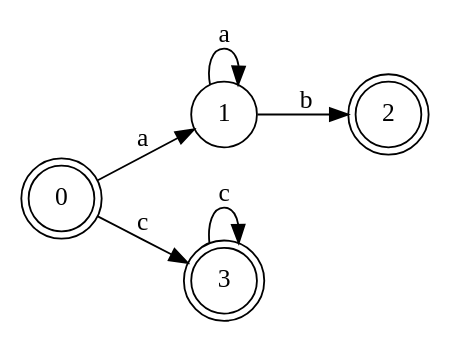
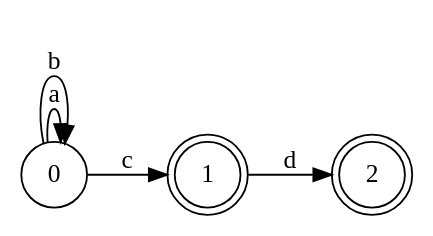
The diagram in out/DFA_regex1.DOT (Jose-Merida-UVG/Compilers-1-CC3071), drawn with Graphviz before and after one commit. The commit also changed 58 other files, not shown here.

```diff
--- a/out/DFA_regex1.DOT
+++ b/out/DFA_regex1.DOT
@@ -1,13 +1,11 @@
 digraph "graph" {
 	rankdir=LR size = "8,5"
 	node[shape=circle]
-	1 [label=0][shape=doublecircle]
-	2 [label=1]
-	2 -> 2 [label="a"]
-	4 [label=2][shape=doublecircle]
-	2 -> 4 [label="b"]
-	1 -> 2 [label="a"]
-	3 [label=3][shape=doublecircle]
-	3 -> 3 [label="c"]
-	1 -> 3 [label="c"]
+	1 [label=0]
+	1 -> 1 [label="a"]
+	1 -> 1 [label="b"]
+	2 [label=1][shape=doublecircle]
+	3 [label=2][shape=doublecircle]
+	2 -> 3 [label="d"]
+	1 -> 2 [label="c"]
 }
```
